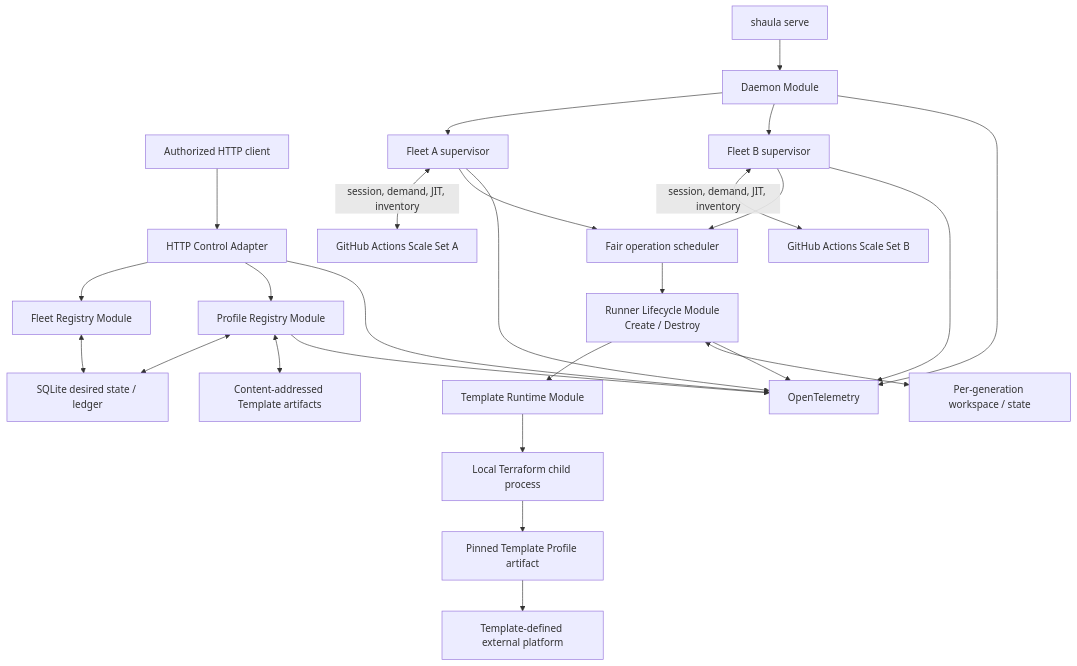
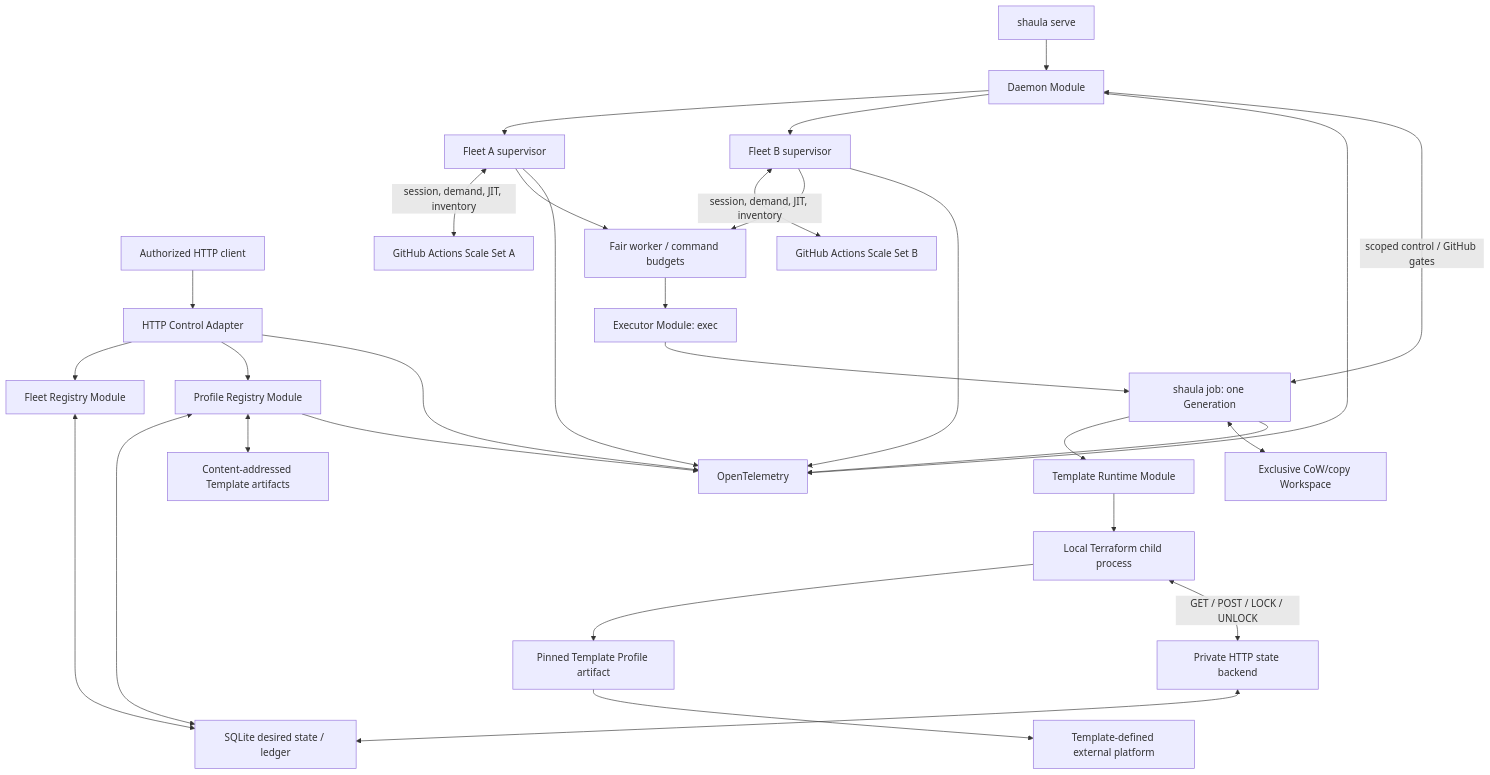
One commit to 5aaee9/shaula changed the first of 2 diagrams in docs/specs/0001-shaula-runner-scale-set.md. Above: the diagram before and after it, drawn with Mermaid. The commit also changed other lines of this file and 63 other files, not shown here.

First line of the commit message:
feat(state): add SQLite-backed Terraform HTTP backend

````diff
--- a/docs/specs/0001-shaula-runner-scale-set.md
+++ b/docs/specs/0001-shaula-runner-scale-set.md
@@ -96,28 +98,32 @@
 ```mermaid
 flowchart TB
     CLI["shaula serve"] --> Daemon["Daemon Module"]
     Client["Authorized HTTP client"] --> HTTP["HTTP Control Adapter"]
     HTTP --> FleetRegistry["Fleet Registry Module"]
     HTTP --> ProfileRegistry["Profile Registry Module"]
     FleetRegistry <--> DB["SQLite desired state / ledger"]
     ProfileRegistry <--> DB
     ProfileRegistry <--> Artifacts["Content-addressed Template artifacts"]
     Daemon --> FA["Fleet A supervisor"]
     Daemon --> FB["Fleet B supervisor"]
     FA <-->|"session, demand, JIT, inventory"| GHA["GitHub Actions Scale Set A"]
     FB <-->|"session, demand, JIT, inventory"| GHB["GitHub Actions Scale Set B"]
-    FA --> Scheduler["Fair operation scheduler"]
+    FA --> Scheduler["Fair worker / command budgets"]
     FB --> Scheduler
-    Scheduler --> Lifecycle["Runner Lifecycle Module<br/>Create / Destroy"]
-    Lifecycle --> Runtime["Template Runtime Module"]
+    Scheduler --> Executor["Executor Module: exec"]
+    Executor --> Worker["shaula job: one Generation"]
+    Worker --> Runtime["Template Runtime Module"]
     Runtime --> IaC["Local Terraform child process"]
     IaC --> Profile["Pinned Template Profile artifact"]
     Profile --> Platform["Template-defined external platform"]
-    Lifecycle <--> Workspaces["Per-generation workspace / state"]
+    Worker <--> Workspaces["Exclusive CoW/copy Workspace"]
+    Worker <-->|"scoped control / GitHub gates"| Daemon
+    IaC <-->|"GET / POST / LOCK / UNLOCK"| Backend["Private HTTP state backend"]
+    Backend <--> DB
     Daemon --> OTel["OpenTelemetry"]
     HTTP --> OTel
     ProfileRegistry --> OTel
     FA --> OTel
     FB --> OTel
-    Lifecycle --> OTel
+    Worker --> OTel
 ```
````
